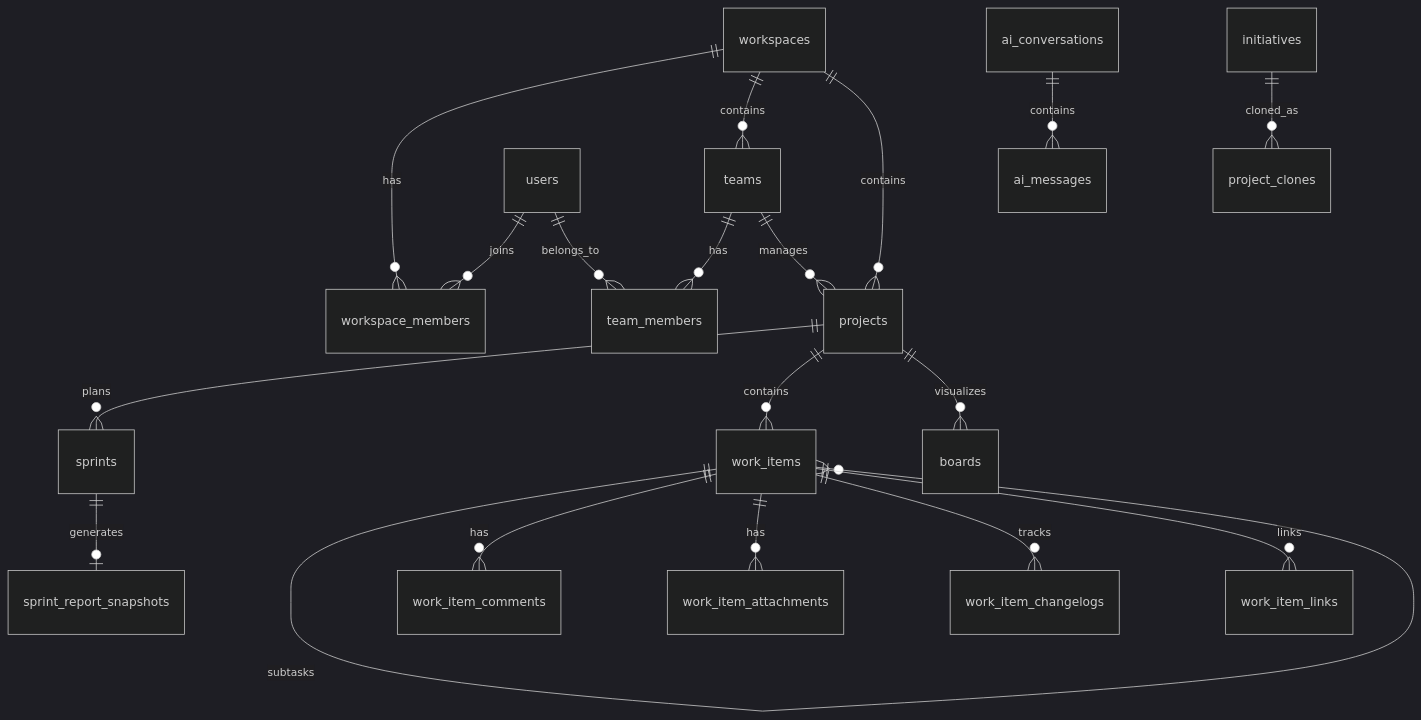
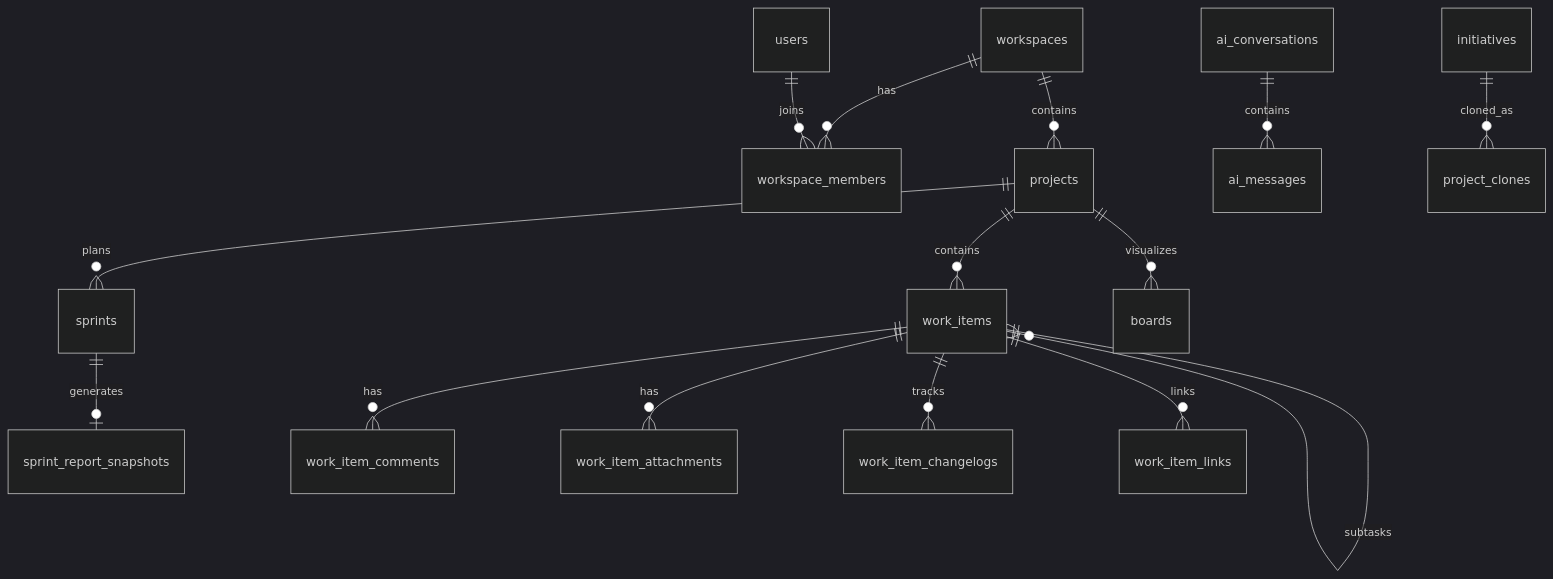
Before and after one commit to Hecker-Chuoi/DATN-2026: the diagram in docs/DATABASE_DESIGN.md, drawn with Mermaid (dark theme). The commit also changed other lines of this file and 21 other files, not shown here.

Commit message:
docs: update system architecture and database design for direct workspace hierarchy

````diff
--- a/docs/DATABASE_DESIGN.md
+++ b/docs/DATABASE_DESIGN.md
@@ -567,21 +546,17 @@
 ```mermaid
 erDiagram
     workspaces ||--o{ workspace_members : has
-    workspaces ||--o{ teams : contains
     workspaces ||--o{ projects : contains
     users ||--o{ workspace_members : joins
-    users ||--o{ team_members : belongs_to
-    teams ||--o{ team_members : has
-    teams ||--o{ projects : manages
     projects ||--o{ sprints : plans
     sprints ||--o| sprint_report_snapshots : generates
     projects ||--o{ work_items : contains
     projects ||--o{ boards : visualizes
     work_items ||--o{ work_items : subtasks
     work_items ||--o{ work_item_comments : has
     work_items ||--o{ work_item_attachments : has
     work_items ||--o{ work_item_changelogs : tracks
     work_items ||--o{ work_item_links : links
     ai_conversations ||--o{ ai_messages : contains
     initiatives ||--o{ project_clones : cloned_as
 ```
````
